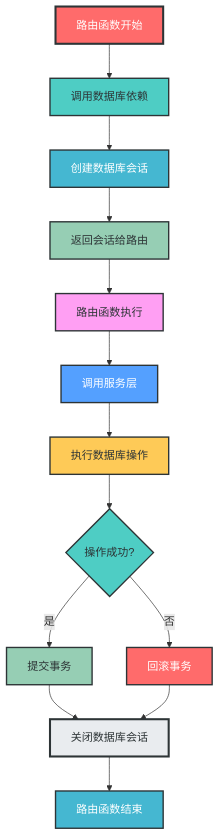
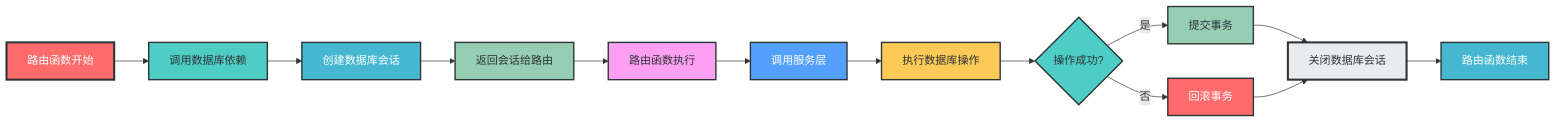
The sixth of 6 diagrams in README.md (amuqiao/FastAPI-MVC), drawn with Mermaid before and after one commit. The commit also changed other lines of this file, not shown here.

````diff
--- a/README.md
+++ b/README.md
@@ -233,28 +233,28 @@
 ```mermaid
-graph TD
+graph LR
     A[路由函数开始] --> B[调用数据库依赖]
     B --> C[创建数据库会话]
     C --> D[返回会话给路由]
     D --> E[路由函数执行]
     E --> F[调用服务层]
     F --> G[执行数据库操作]
     G --> H{操作成功?}
     H -->|是| I[提交事务]
     H -->|否| J[回滚事务]
     I --> K[关闭数据库会话]
     J --> K
     K --> L[路由函数结束]
     
     style A fill:#FF6B6B,stroke:#2D3436,stroke-width:3px,color:white
     style B fill:#4ECDC4,stroke:#2D3436,stroke-width:2px,color:#2D3436
     style C fill:#45B7D1,stroke:#2D3436,stroke-width:2px,color:white
     style D fill:#96CEB4,stroke:#2D3436,stroke-width:2px,color:#2D3436
     style E fill:#FF9FF3,stroke:#2D3436,stroke-width:2px,color:#2D3436
     style F fill:#54A0FF,stroke:#2D3436,stroke-width:2px,color:white
     style G fill:#FECA57,stroke:#2D3436,stroke-width:2px,color:#2D3436
     style H fill:#4ECDC4,stroke:#2D3436,stroke-width:2px,color:#2D3436
     style I fill:#96CEB4,stroke:#2D3436,stroke-width:2px,color:#2D3436
     style J fill:#FF6B6B,stroke:#2D3436,stroke-width:2px,color:white
     style K fill:#E9ECEF,stroke:#2D3436,stroke-width:3px,color:#2D3436
     style L fill:#45B7D1,stroke:#2D3436,stroke-width:2px,color:white
 ```
````
